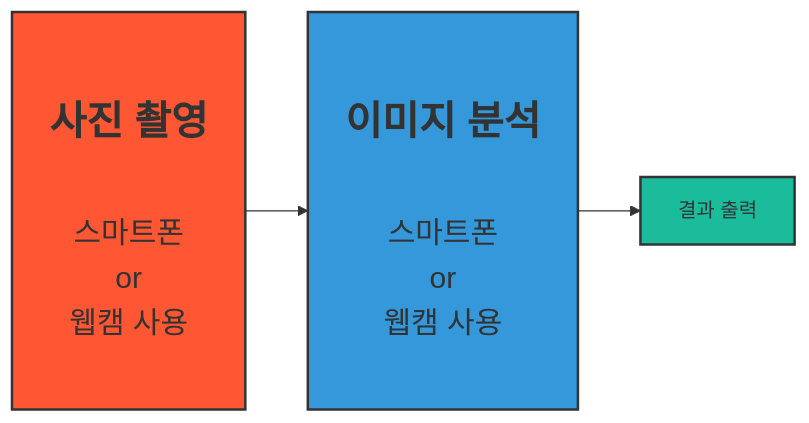
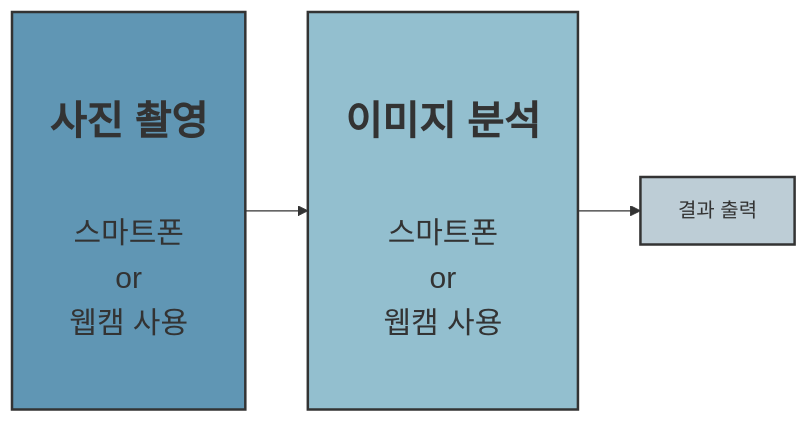
The diagram in Readme.md (201710808/-p), drawn with Mermaid before and after one commit.

````diff
--- a/Readme.md
+++ b/Readme.md
@@ -3,10 +3,10 @@
 ```mermaid
 graph LR
 A[<br><br><b><span style='font-size:32px'>사진 촬영</span></b>\n\n\n<span style='font-size:24px'>스마트폰\nor\n웹캠 사용<br><br>] --> B[<br><br><b><span style='font-size:32px'>이미지 분석</span></b>\n\n\n<span style='font-size:24px'>스마트폰\nor\n웹캠 사용<br><br>]
 B --> C[결과 출력]
 
-style A fill:#FF5733,stroke:#333,stroke-width:2px
-style B fill:#3498db,stroke:#333,stroke-width:2px
-style C fill:#1abc9c,stroke:#333,stroke-width:2px
+style A fill:#6096B4,stroke:#333,stroke-width:2px
+style B fill:#93BFCF,stroke:#333,stroke-width:2px
+style C fill:#BDCDD6,stroke:#333,stroke-width:2px
 
 ```
````
